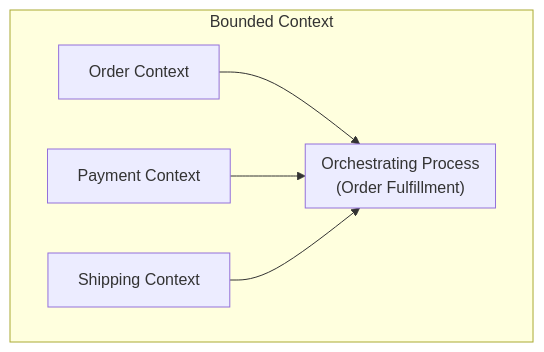
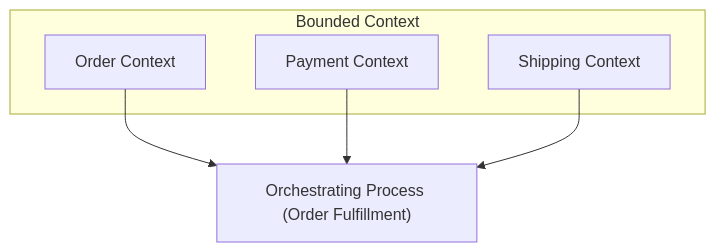
One commit to CaptainGlac1er/activiti-documentation changed the first of 4 diagrams in docs/activiti/best-practices/guide.md. Above: the diagram before and after it, drawn with Mermaid. The commit also changed other lines of this file and 1 other file, not shown here.

````diff
--- a/docs/activiti/best-practices/guide.md
+++ b/docs/activiti/best-practices/guide.md
@@ -130,15 +132,14 @@
 ```mermaid
 flowchart TD
     subgraph BoundedContext["Bounded Context"]
         Order["Order Context"]
         Payment["Payment Context"]
         Shipping["Shipping Context"]
-        
-        subgraph Orchestrating["Orchestrating Process<br>(Order Fulfillment)"]
-        end
     end
-    
+
+    Orchestrating["Orchestrating Process (Order Fulfillment)"]
+
     Order --> Orchestrating
     Payment --> Orchestrating
     Shipping --> Orchestrating
 ```
````
